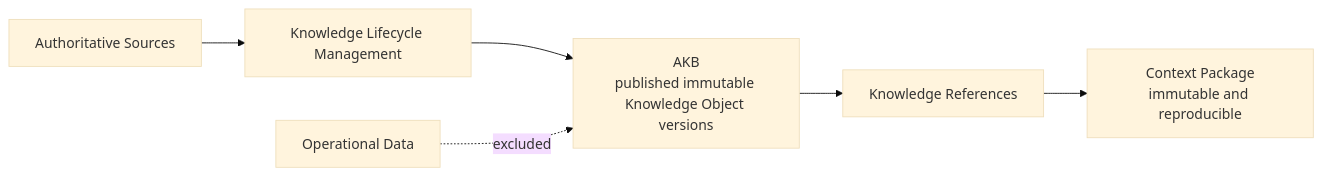
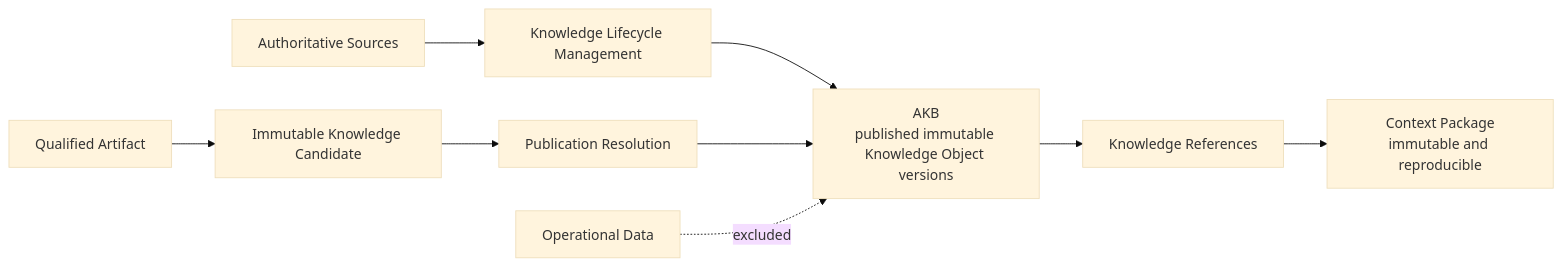
The diagram in docs/architecture/diagrams/10-knowledge-akb/10_KNOWLEDGE_AKB.md (zsambokia/ai-bridge), drawn with Mermaid (base theme) before and after one commit. The commit also changed other lines of this file and 19 other files, not shown here.

Commit message:
docs: converge factory protocol architecture

````diff
--- a/docs/architecture/diagrams/10-knowledge-akb/10_KNOWLEDGE_AKB.md
+++ b/docs/architecture/diagrams/10-knowledge-akb/10_KNOWLEDGE_AKB.md
@@ -12,7 +12,9 @@
 ```mermaid
 flowchart LR
     S[Authoritative Sources] --> KLM[Knowledge Lifecycle Management]
     KLM --> AKB[AKB<br/>published immutable Knowledge Object versions]
+    ART[Qualified Artifact] --> KC[Immutable Knowledge Candidate] --> PR[Publication Resolution]
+    PR --> AKB
     AKB --> KR[Knowledge References] --> CP[Context Package<br/>immutable and reproducible]
     O[Operational Data] -. excluded .-> AKB
 ```
````
